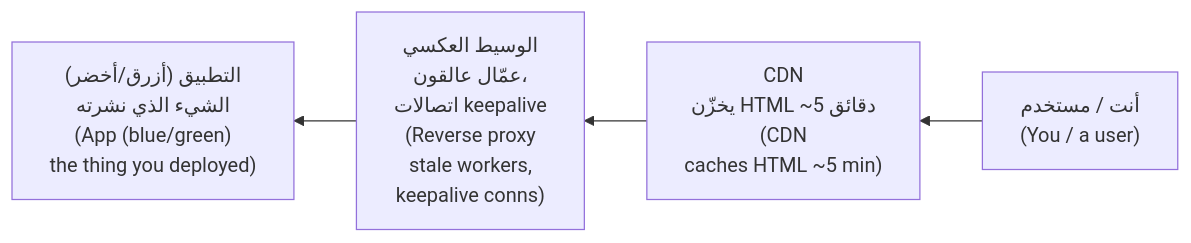
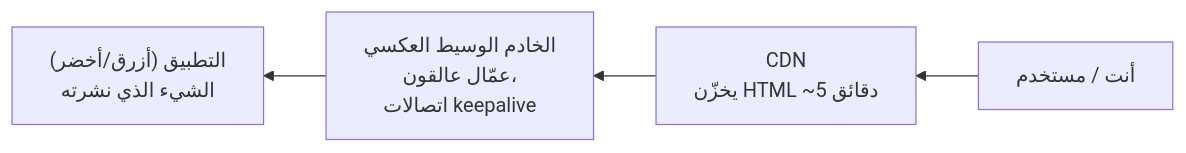
Before and after one commit to Tamoura/system-design-for-vibe-coders: the third of 5 diagrams in modules/04-deploys/module.ar.md, drawn with Mermaid. The commit also changed other lines of this file and 551 other files, not shown here.

````diff
--- a/modules/04-deploys/module.ar.md
+++ b/modules/04-deploys/module.ar.md
@@ -243,6 +243,6 @@
 ```mermaid
 flowchart RL
-    U["أنت / مستخدم<br/>(You / a user)"] --> CDN["CDN<br/>يخزّن HTML ~5 دقائق<br/>(CDN<br/>caches HTML ~5 min)"]
-    CDN --> PROXY["الوسيط العكسي<br/>عمّال عالقون،<br/>اتصالات keepalive<br/>(Reverse proxy<br/>stale workers,<br/>keepalive conns)"]
-    PROXY --> APP["التطبيق (أزرق/أخضر)<br/>الشيء الذي نشرته<br/>(App (blue/green)<br/>the thing you deployed)"]
+    U["أنت / مستخدم"] --> CDN["CDN<br/>يخزّن HTML ~5 دقائق"]
+    CDN --> PROXY["الخادم الوسيط العكسي<br/>عمّال عالقون،<br/>اتصالات keepalive"]
+    PROXY --> APP["التطبيق (أزرق/أخضر)<br/>الشيء الذي نشرته"]
 ```
````
